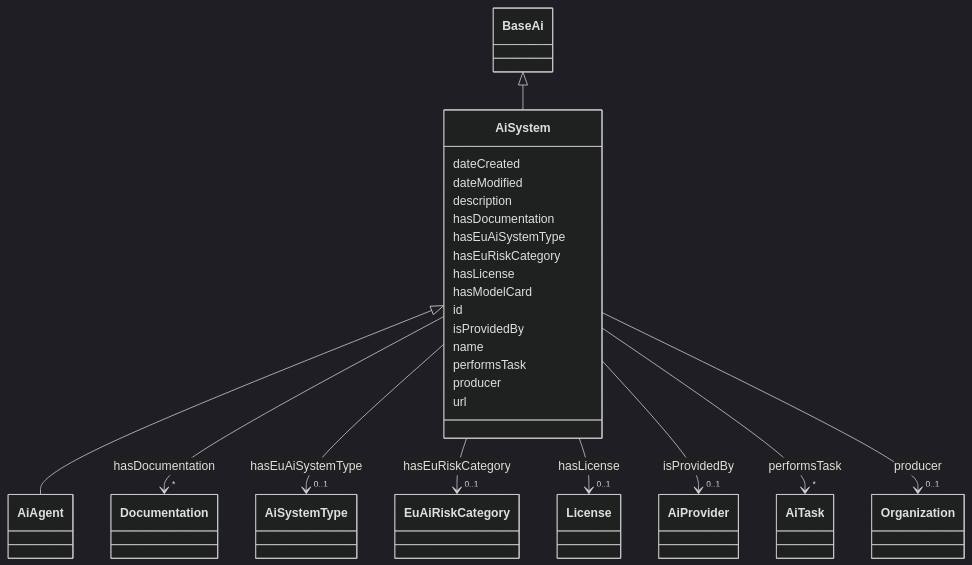
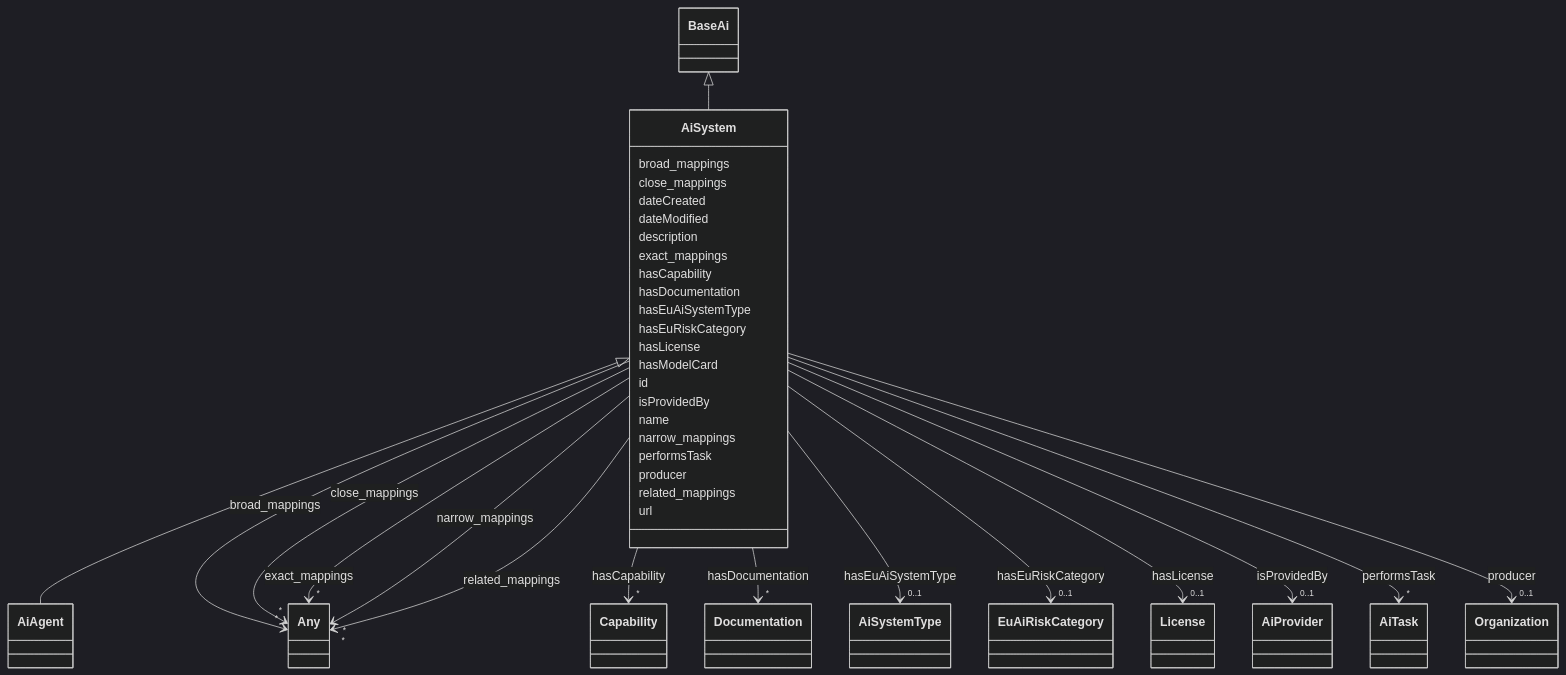
The diagram in docs/ontology/AiSystem.md (ingelise/risk-atlas-nexus), drawn with Mermaid (dark theme) before and after one commit. The commit also changed other lines of this file and 180 other files, not shown here.

```diff
--- a/docs/ontology/AiSystem.md
+++ b/docs/ontology/AiSystem.md
@@ -27,11 +27,55 @@
         click AiAgent href "../AiAgent/"
 
 
+      AiSystem : broad_mappings
+
+
+
+
+
+        AiSystem --> "*" Any : broad_mappings
+        click Any href "../Any/"
+
+
+
+      AiSystem : close_mappings
+
+
+
+
+
+        AiSystem --> "*" Any : close_mappings
+        click Any href "../Any/"
+
+
+
       AiSystem : dateCreated
 
       AiSystem : dateModified
 
       AiSystem : description
+
+      AiSystem : exact_mappings
+
+
+
+
+
+        AiSystem --> "*" Any : exact_mappings
+        click Any href "../Any/"
+
+
+
+      AiSystem : hasCapability
+
+
+
+
+
+        AiSystem --> "*" Capability : hasCapability
+        click Capability href "../Capability/"
+
+
 
       AiSystem : hasDocumentation
 
@@ -94,6 +138,17 @@
 
       AiSystem : name
 
+      AiSystem : narrow_mappings
+
+
+
+
+
+        AiSystem --> "*" Any : narrow_mappings
+        click Any href "../Any/"
+
+
+
       AiSystem : performsTask
 
 
@@ -116,6 +171,17 @@
 
 
 
+      AiSystem : related_mappings
+
+
+
+
+
+        AiSystem --> "*" Any : related_mappings
+        click Any href "../Any/"
+
+
+
       AiSystem : url
 
 
```
